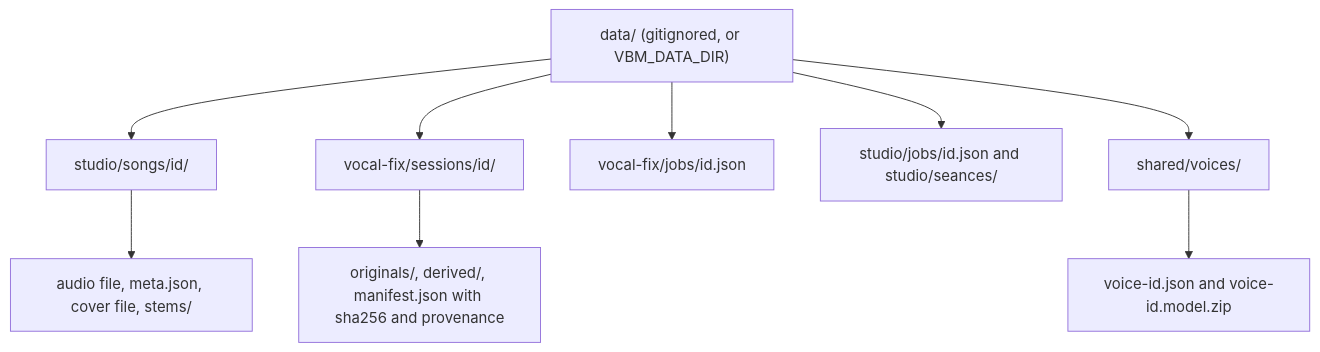
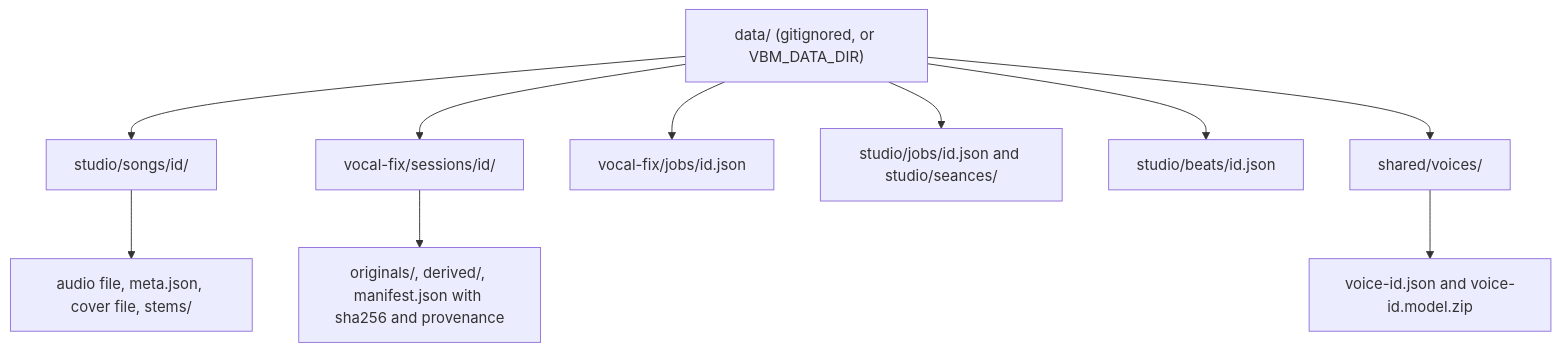
The ninth of 10 diagrams in docs/DESIGN.md (g-baskin/VocalBlackMagic), drawn with Mermaid before and after one commit. The commit also changed other lines of this file and 13 other files, not shown here.

````diff
--- a/docs/DESIGN.md
+++ b/docs/DESIGN.md
@@ -180,12 +204,13 @@
 ```mermaid
 flowchart TD
   data["data/ (gitignored, or VBM_DATA_DIR)"]
   data --> studioDir["studio/songs/id/"]
   studioDir --> songFiles["audio file, meta.json, cover file, stems/"]
   data --> vfDir["vocal-fix/sessions/id/"]
   vfDir --> vfFiles["originals/, derived/, manifest.json with sha256 and provenance"]
   data --> jobsDir["vocal-fix/jobs/id.json"]
   data --> studioJobs["studio/jobs/id.json and studio/seances/"]
+  data --> beatsDir["studio/beats/id.json"]
   data --> voicesDir["shared/voices/"]
   voicesDir --> voiceFiles["voice-id.json and voice-id.model.zip"]
 ```
````
